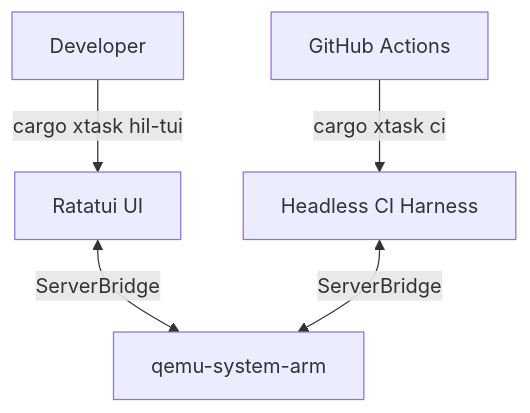
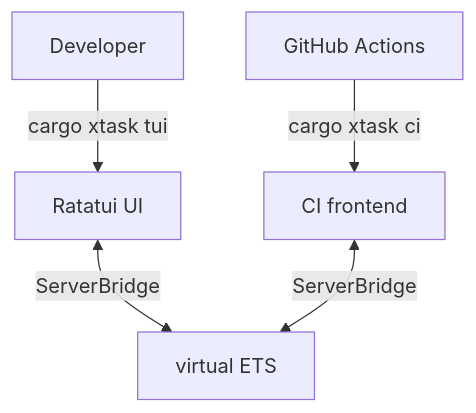
The diagram in control-rs-xtask/README.md (Dyse-Industries/control-rs), drawn with Mermaid before and after one commit. The commit also changed other lines of this file and 208 other files, not shown here.

````diff
--- a/control-rs-xtask/README.md
+++ b/control-rs-xtask/README.md
@@ -22,7 +22,7 @@
 ```mermaid
 graph TD
-    User[Developer] -->|cargo xtask hil-tui| TUI[Ratatui UI]
-    CI[GitHub Actions] -->|cargo xtask ci| CIHarness[Headless CI Harness]
-    TUI <-->|ServerBridge| QEMU[qemu-system-arm]
-    CIHarness <-->|ServerBridge| QEMU
+    User[Developer] -->|cargo xtask tui| TUI[Ratatui UI]
+    CI[GitHub Actions] -->|cargo xtask ci| CIHarness[CI frontend]
+    TUI <-->|ServerBridge| VETS[virtual ETS]
+    CIHarness <-->|ServerBridge| VETS
 ```
````
